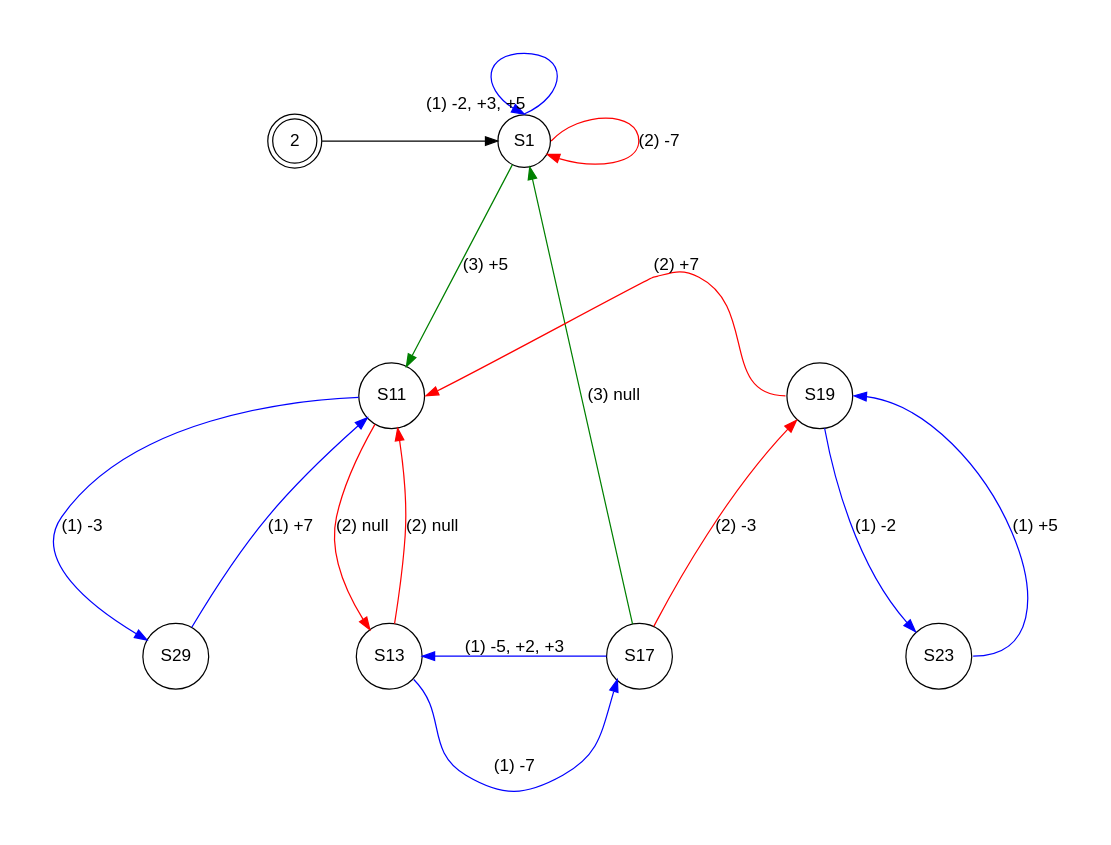
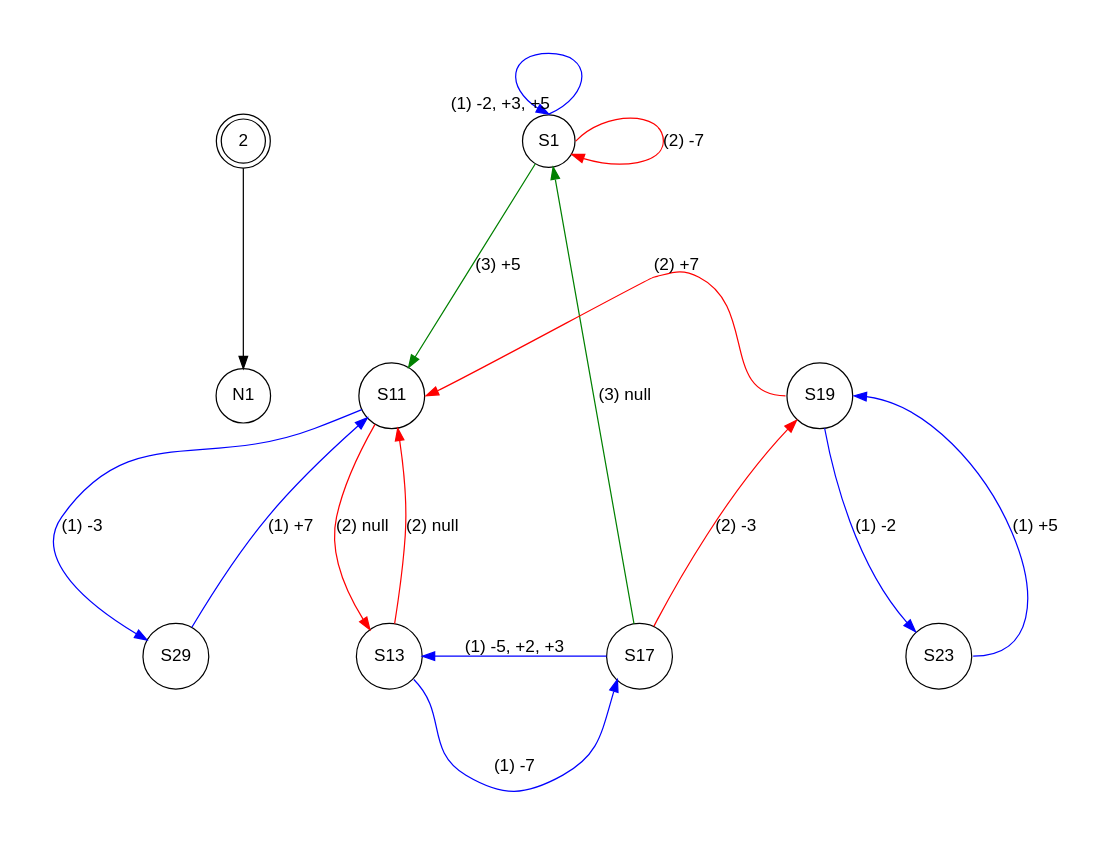
One commit to kes/blog changed the diagram in content/posts/project-euler-num-308.md. Above: the diagram before and after it, drawn with Graphviz. The commit also changed other lines of this file and 1 other file, not shown here.

````diff
--- a/content/posts/project-euler-num-308.md
+++ b/content/posts/project-euler-num-308.md
@@ -454,38 +414,38 @@
 ```dot
 digraph finite_state_machine {
     graph [pad="0.5", nodesep="1", ranksep="2"];
     splines=true;
 	fontname="Helvetica,Arial,sans-serif"
 	node [fontname="Helvetica,Arial,sans-serif"]
 	edge [fontname="Helvetica,Arial,sans-serif"]
 
 	node [shape = doublecircle]; 2
 	node [shape = circle];
-2->S1
+2->N1
 S1:n -> S1:n[margin=1;headlabel="(1) -2, +3, +5";color=blue];
 S1:e -> S1[label="(2) -7";color=red];
 S1 -> S11[label="(3) +5"; color=green];
 
 S11 -> S29[label="(1) -3";color=blue];
 S11 -> S13[label="(2) null";color=red];
 
 S13:se -> S17:sw[label="(1) -7";color=blue];
 S13 -> S11[label="(2) null";color=red];
 
 
 S17 -> S13[label="(1) -5, +2, +3";color=blue];
 S17 -> S19:sw[label="(2) -3";color=red];
 S17 -> S1[label="(3) null"; color=green];
 
 S19 -> S23:nw[label="(1) -2";color=blue];
 S19:w -> S11:e[label="(2) +7";color=red];
 
 
 S23:e -> S19:e[label="(1) +5";labelangle=5;color=blue];
 S29 -> S11[label="(1) +7";color=blue];
 
 { rank=min; S1;2  }
 {rank=same; S11;S19};
 { rank=max;  S23;S13; S17; }
 }
 ```
````
